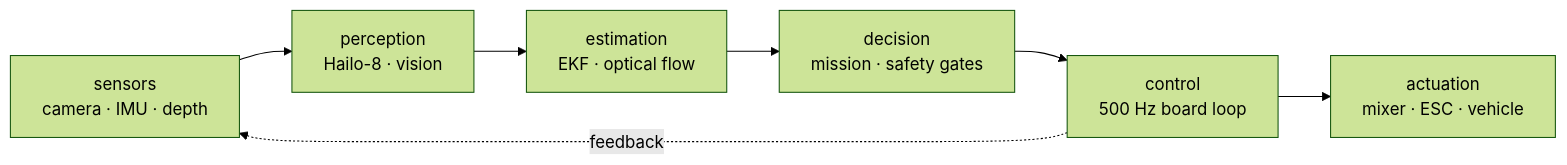
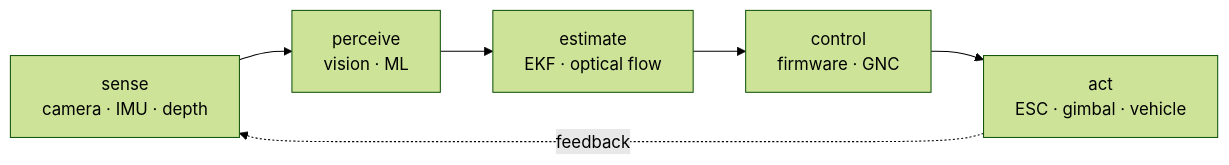
Before and after one commit to fh1m/fh1m: the diagram in README.md, drawn with Mermaid (forest theme). The commit also changed other lines of this file, not shown here.

````diff
--- a/README.md
+++ b/README.md
@@ -27,9 +25,8 @@
 ```mermaid
 flowchart LR
-    S["sensors<br/>camera · IMU · depth"] --> P["perception<br/>Hailo-8 · vision"]
-    P --> E["estimation<br/>EKF · optical flow"]
-    E --> D["decision<br/>mission · safety gates"]
-    D --> C["control<br/>500 Hz board loop"]
-    C --> A["actuation<br/>mixer · ESC · vehicle"]
-    C -. "feedback" .-> S
+    S["sense<br/>camera · IMU · depth"] --> P["perceive<br/>vision · ML"]
+    P --> E["estimate<br/>EKF · optical flow"]
+    E --> C["control<br/>firmware · GNC"]
+    C --> A["act<br/>ESC · gimbal · vehicle"]
+    A -. feedback .-> S
 ```
````
